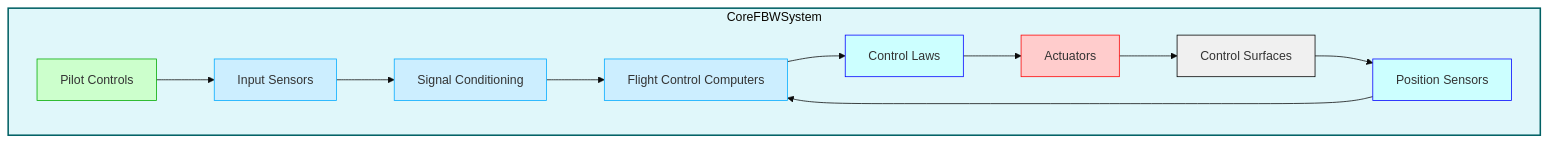
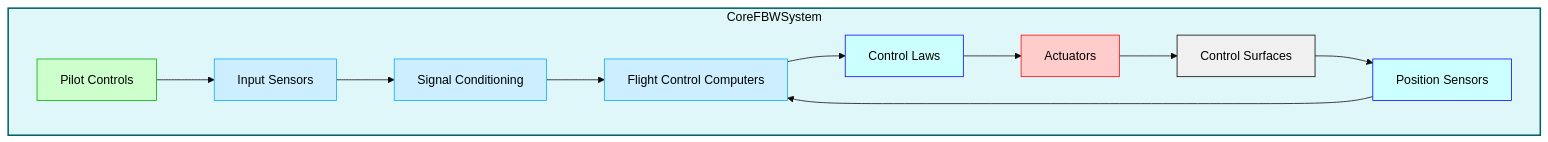
Before and after one commit to Robbbo-T/Ampel360XWLRGA: the ninth of 12 diagrams in FTC_27-00-00-00-000 – ATA_27-Flight-Controls.md, drawn with Mermaid (base theme). The commit also changed other lines of this file, not shown here.

````diff
--- a/FTC_27-00-00-00-000 – ATA_27-Flight-Controls.md
+++ b/FTC_27-00-00-00-000 – ATA_27-Flight-Controls.md
@@ -2514,23 +2516,23 @@
 ```mermaid
 graph TD
     subgraph CoreFBWSystem
         A[Pilot Controls] --> B[Input Sensors]
         B --> C[Signal Conditioning]
         C --> D[Flight Control Computers]
         D --> E[Control Laws]
         E --> F[Actuators]
         F --> G[Control Surfaces]
         G --> H[Position Sensors]
         H --> D
     end
 
-    style CoreFBWSystem fill:#e0f7fa,stroke:#006064,stroke-width:2px
-    style A fill:#ccffcc,stroke:#00aa00,stroke-width:1px
-    style B fill:#cceeff,stroke:#00aaff,stroke-width:1px
-    style C fill:#cceeff,stroke:#00aaff,stroke-width:1px
-    style D fill:#cceeff,stroke:#00aaff,stroke-width:1px
-    style E fill:#ccffff,stroke:#0000ff,stroke-width:1px
-    style F fill:#ffcccc,stroke:#ff0000,stroke-width:1px
-    style G fill:#f0f0f0,stroke:#000000,stroke-width:1px
-    style H fill:#ccffff,stroke:#0000ff,stroke-width:1px
+    style CoreFBWSystem fill:#e0f7fa,stroke:#006064,stroke-width:2px,color:#000
+    style A fill:#ccffcc,stroke:#00aa00,stroke-width:1px,color:#000
+    style B fill:#cceeff,stroke:#00aaff,stroke-width:1px,color:#000
+    style C fill:#cceeff,stroke:#00aaff,stroke-width:1px,color:#000
+    style D fill:#cceeff,stroke:#00aaff,stroke-width:1px,color:#000
+    style E fill:#ccffff,stroke:#0000ff,stroke-width:1px,color:#000
+    style F fill:#ffcccc,stroke:#ff0000,stroke-width:1px,color:#000
+    style G fill:#f0f0f0,stroke:#000000,stroke-width:1px,color:#000
+    style H fill:#ccffff,stroke:#0000ff,stroke-width:1px,color:#000
 ```
````
